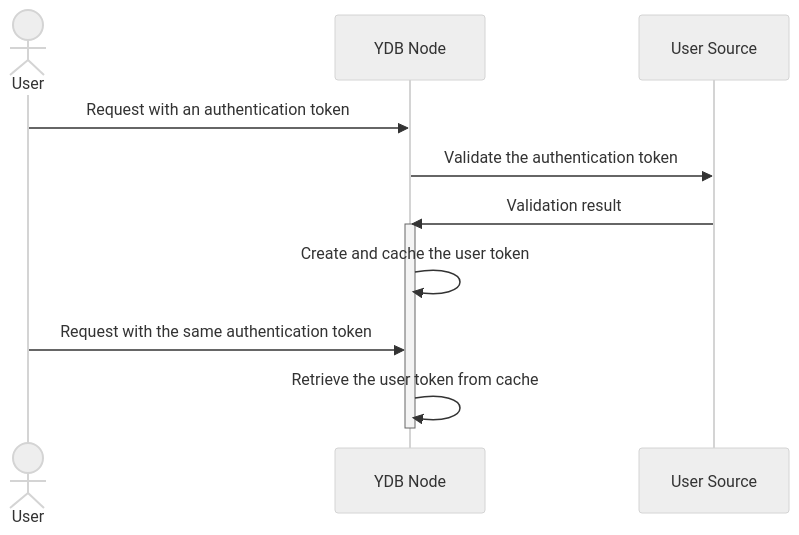
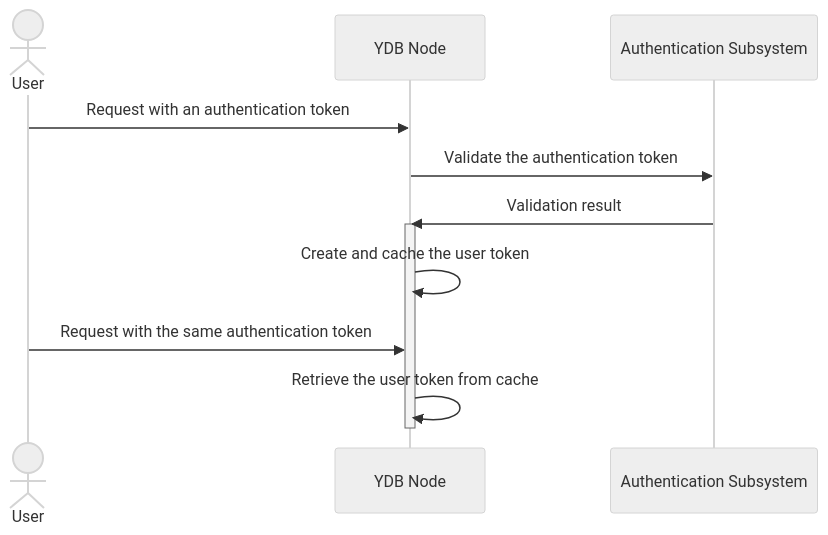
The diagram in ydb/docs/en/core/security/_assets/user-token.md (ydb-platform/ydb), drawn with Mermaid (neutral theme) before and after one commit. The commit also changed 3 other files, not shown here.

````diff
--- a/ydb/docs/en/core/security/_assets/user-token.md
+++ b/ydb/docs/en/core/security/_assets/user-token.md
@@ -1,16 +1,16 @@
 ```mermaid
 sequenceDiagram
     actor user as User
     participant node as YDB Node
-    participant auth as User Source
+    participant auth as Authentication Subsystem
 
     user->>node: Request with an authentication token
     node->>auth: Validate the authentication token
     auth->>node: Validation result
 
     activate node
     node->>node: Create and cache the user token
     user->>node: Request with the same authentication token
     node->>node: Retrieve the user token from cache
     deactivate node
 ```
````
